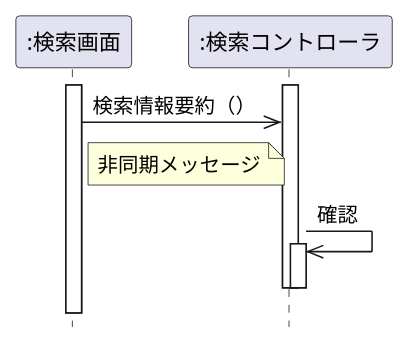
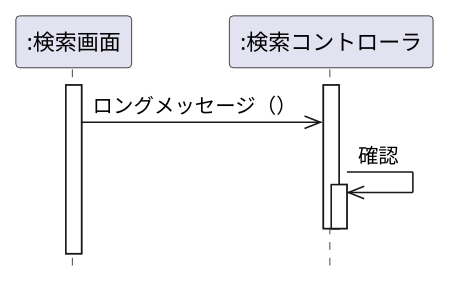
One commit to itchita/uml-introduction changed the diagram in 演習4-2_SD_利用者と予約画面.pu. Above: the diagram before and after it, drawn with PlantUML.

Commit message:
直し

```diff
--- a/演習4-2_SD_利用者と予約画面.pu
+++ b/演習4-2_SD_利用者と予約画面.pu
@@ -1,14 +1,13 @@
 @startuml
 
  hide footbox
 participant ":検索画面" as seach
 participant ":検索コントローラ" as control
 activate seach
 activate control
-seach ->> control: 検索情報要約（）
-note right of seach : 非同期メッセージ
+seach ->> control: ロングメッセージ（）
 control ->> control :確認
 activate control 
 deactivate control
 deactivate control
 @enduml
```
